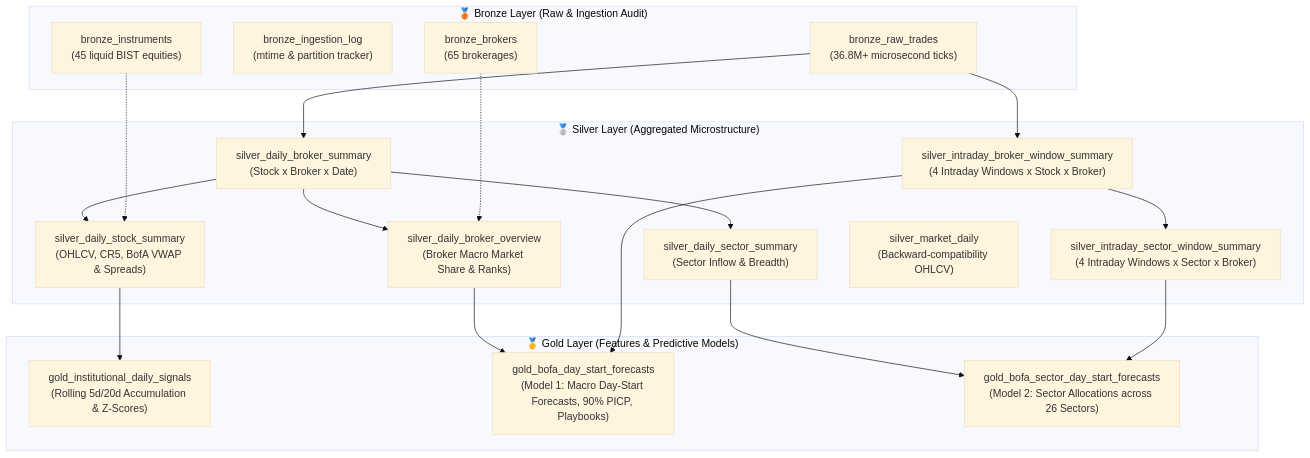
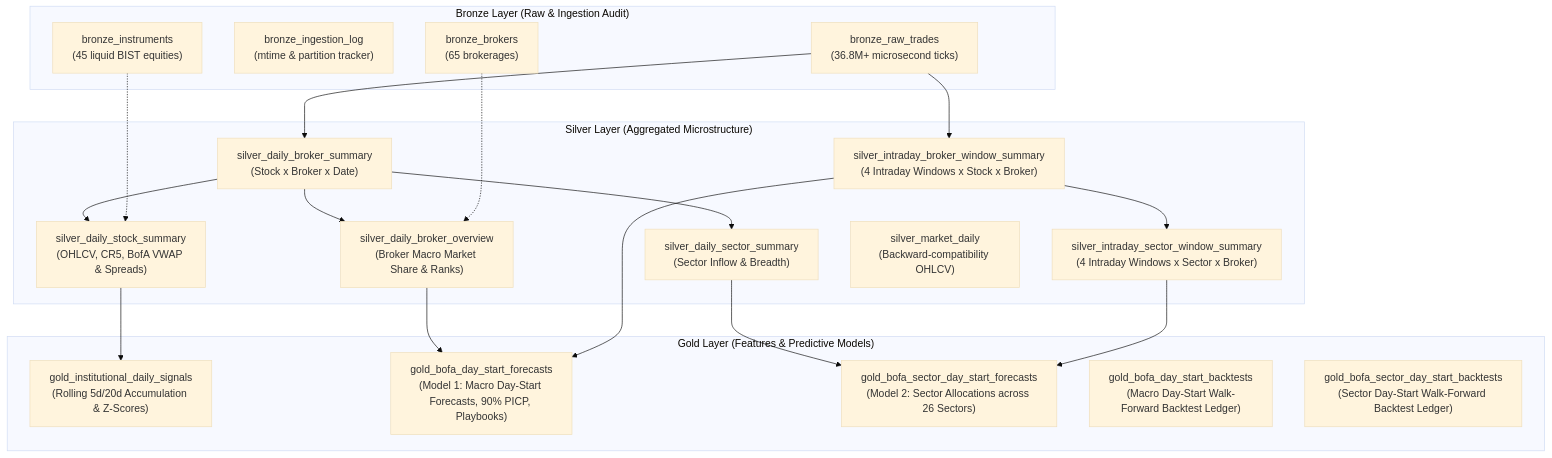
One commit to ozy-mdk/mdk-trade-oracle changed the diagram in .agents/skills/mdk-medallion-pipeline/SKILL.md. Above: the diagram before and after it, drawn with Mermaid (base theme). The commit also changed other lines of this file and 7 other files, not shown here.

````diff
--- a/.agents/skills/mdk-medallion-pipeline/SKILL.md
+++ b/.agents/skills/mdk-medallion-pipeline/SKILL.md
@@ -28,41 +28,43 @@
 ```mermaid
 flowchart TD
-    subgraph Bronze["🥉 Bronze Layer (Raw & Ingestion Audit)"]
+    subgraph Bronze["Bronze Layer (Raw & Ingestion Audit)"]
         B_RAW["bronze_raw_trades<br/>(36.8M+ microsecond ticks)"]
         B_LOG["bronze_ingestion_log<br/>(mtime & partition tracker)"]
         B_BROK["bronze_brokers<br/>(65 brokerages)"]
         B_INST["bronze_instruments<br/>(45 liquid BIST equities)"]
     end
 
-    subgraph Silver["🥈 Silver Layer (Aggregated Microstructure)"]
+    subgraph Silver["Silver Layer (Aggregated Microstructure)"]
         S_BROK_SUM["silver_daily_broker_summary<br/>(Stock x Broker x Date)"]
         S_BROK_OVR["silver_daily_broker_overview<br/>(Broker Macro Market Share & Ranks)"]
         S_STK_SUM["silver_daily_stock_summary<br/>(OHLCV, CR5, BofA VWAP & Spreads)"]
         S_SEC_SUM["silver_daily_sector_summary<br/>(Sector Inflow & Breadth)"]
         S_WIN_BROK["silver_intraday_broker_window_summary<br/>(4 Intraday Windows x Stock x Broker)"]
         S_WIN_SEC["silver_intraday_sector_window_summary<br/>(4 Intraday Windows x Sector x Broker)"]
         S_MKT["silver_market_daily<br/>(Backward-compatibility OHLCV)"]
     end
 
-    subgraph Gold["🥇 Gold Layer (Features & Predictive Models)"]
+    subgraph Gold["Gold Layer (Features & Predictive Models)"]
         G_SIG["gold_institutional_daily_signals<br/>(Rolling 5d/20d Accumulation & Z-Scores)"]
         G_M1["gold_bofa_day_start_forecasts<br/>(Model 1: Macro Day-Start Forecasts, 90% PICP, Playbooks)"]
         G_M2["gold_bofa_sector_day_start_forecasts<br/>(Model 2: Sector Allocations across 26 Sectors)"]
+        G_M1_BT["gold_bofa_day_start_backtests<br/>(Macro Day-Start Walk-Forward Backtest Ledger)"]
+        G_M2_BT["gold_bofa_sector_day_start_backtests<br/>(Sector Day-Start Walk-Forward Backtest Ledger)"]
     end
 
     B_RAW --> S_BROK_SUM
     B_RAW --> S_WIN_BROK
     B_BROK -.-> S_BROK_OVR
     B_INST -.-> S_STK_SUM
 
     S_BROK_SUM --> S_BROK_OVR
     S_BROK_SUM --> S_STK_SUM
     S_BROK_SUM --> S_SEC_SUM
     S_WIN_BROK --> S_WIN_SEC
 
     S_STK_SUM --> G_SIG
     S_WIN_BROK --> G_M1
     S_BROK_OVR --> G_M1
     S_WIN_SEC --> G_M2
     S_SEC_SUM --> G_M2
 ```
````
